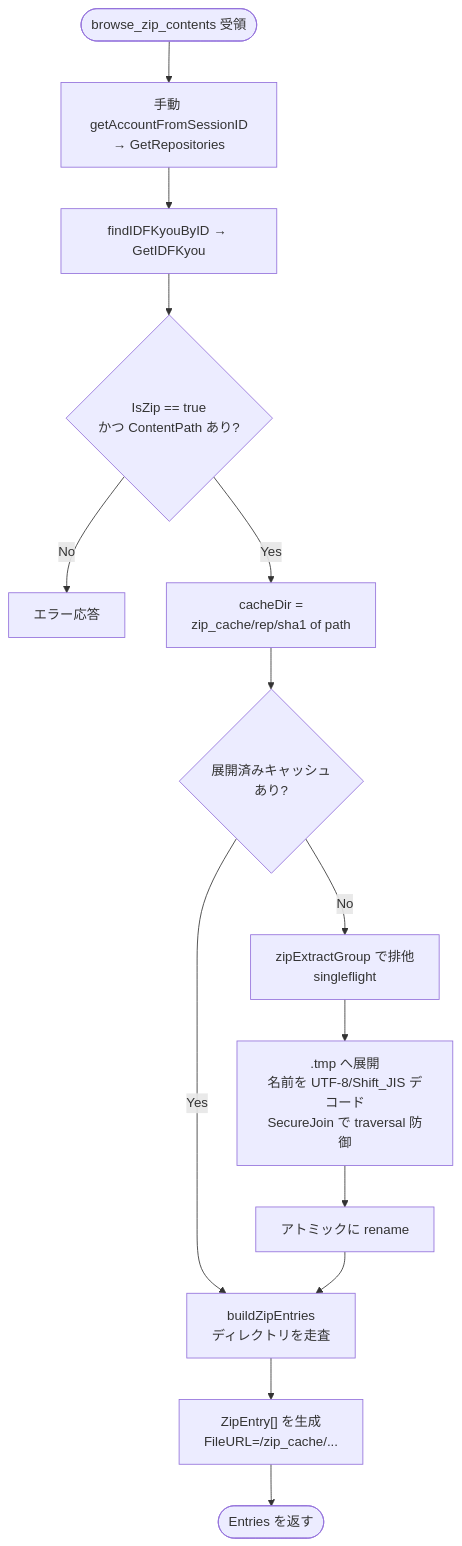
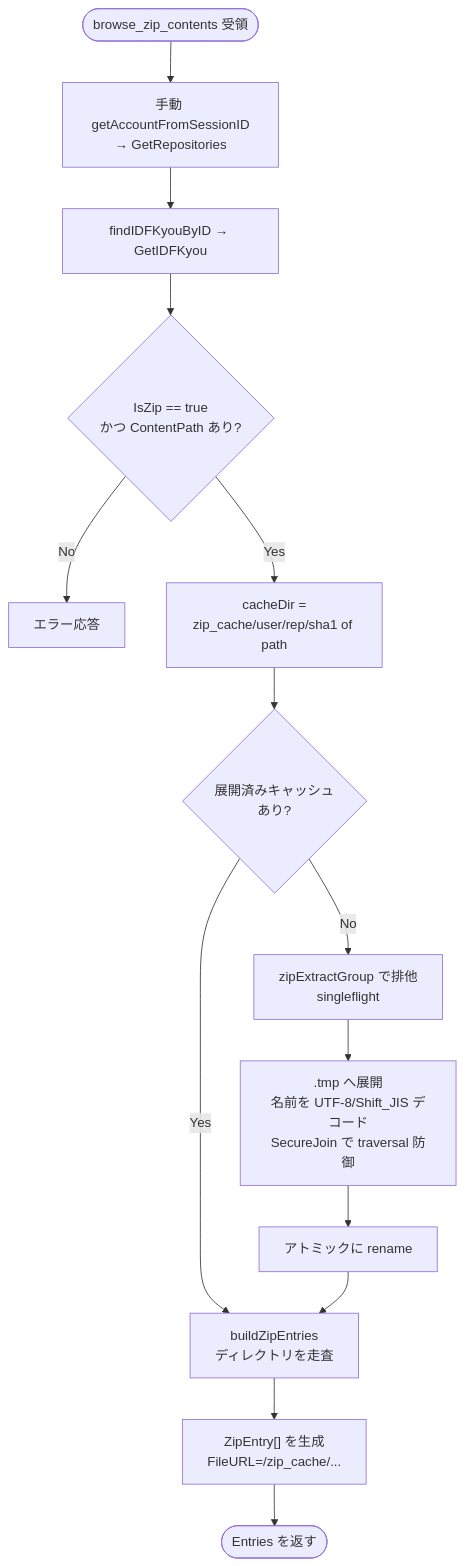
One commit to mt3hr/gkill changed diagram 14 of 25 in documents/reverse/scenario.md. Above: the diagram before and after it, drawn with Mermaid. The commit also changed other lines of this file and 62 other files, not shown here.

````diff
--- a/documents/reverse/scenario.md
+++ b/documents/reverse/scenario.md
@@ -457,16 +457,16 @@
 ```mermaid
 flowchart TD
     Start([browse_zip_contents 受領]) --> Auth[手動 getAccountFromSessionID<br/>→ GetRepositories]
     Auth --> Find[findIDFKyouByID → GetIDFKyou]
     Find --> IsZip{IsZip == true<br/>かつ ContentPath あり?}
     IsZip -->|No| Err[エラー応答]
-    IsZip -->|Yes| Hash[cacheDir =<br/>zip_cache/rep/sha1 of path]
+    IsZip -->|Yes| Hash[cacheDir =<br/>zip_cache/user/rep/sha1 of path]
     Hash --> Exists{展開済みキャッシュ<br/>あり?}
     Exists -->|Yes| Build
     Exists -->|No| Lock[zipExtractGroup で排他<br/>singleflight]
     Lock --> Extract[.tmp へ展開<br/>名前を UTF-8/Shift_JIS デコード<br/>SecureJoin で traversal 防御]
     Extract --> Rename[アトミックに rename]
     Rename --> Build[buildZipEntries<br/>ディレクトリを走査]
     Build --> Entry["ZipEntry[] を生成<br/>FileURL=/zip_cache/..."]
     Entry --> Done([Entries を返す])
 ```
````
